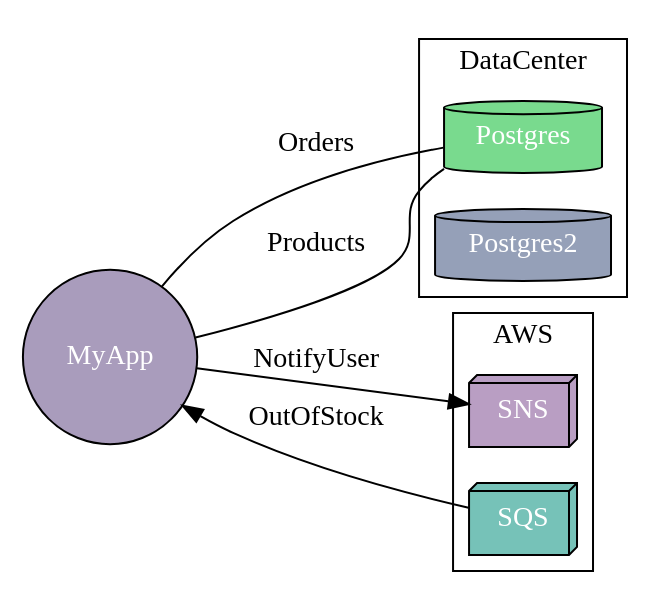
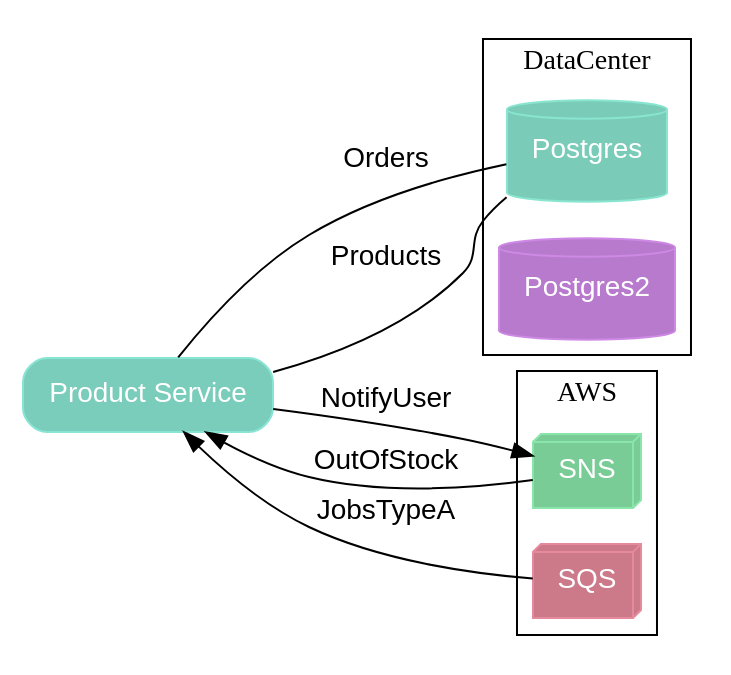
Before and after one commit to alvarg93/micromap: the diagram in micromap.dot, drawn with Graphviz. The commit also changed 4 other files, not shown here.

```diff
--- a/micromap.dot
+++ b/micromap.dot
@@ -1,20 +1,25 @@
 graph {
 rankdir=LR
-"MyApp"[shape=circle,fontcolor=white,style=filled,fillcolor="#a99cbc"]
-"Postgres"[shape=cylinder,fontcolor=white,style=filled,fillcolor="#79da8e"]
-"SNS"[shape=box3d,fontcolor=white,style=filled,fillcolor="#b99ec3"]
-"SQS"[shape=box3d,fontcolor=white,style=filled,fillcolor="#76c2b8"]
-"Postgres2"[shape=cylinder,fontcolor=white,style=filled,fillcolor="#95a0b8"]
-"MyApp" -- "Postgres"[dir=none,label="Orders"];
-"MyApp" -- "Postgres"[dir=none,label="Products"];
-"MyApp" -- "SNS"[dir=forward,label="NotifyUser"];
-"MyApp" -- "SQS"[dir=back,label="OutOfStock"];
+graph [splines="spline"];
+node [margin=0.15, fontcolor=white, style="filled,rounded", fontname = "sans-serif"];
+
+edge [constraint=true, fontname = "sans-serif"];
+"Product Service"[shape=box, fillcolor="#7accbb", color="#89e5d3"]
+"Postgres"[shape=cylinder, fillcolor="#7accb8", color="#89e5d0"]
+"SNS"[shape=box3d, fillcolor="#7acc96", color="#89e5a9"]
+"SQS"[shape=box3d, fillcolor="#cc7a8a", color="#e5899c"]
+"Postgres2"[shape=cylinder, fillcolor="#b77acc", color="#ce89e5"]
+"Product Service" -- "Postgres"[dir=none, label="Orders"];
+"Product Service" -- "Postgres"[dir=none, label="Products"];
+"Product Service" -- "SNS"[dir=forward, label="NotifyUser"];
+"Product Service" -- "SNS"[dir=back, label="OutOfStock"];
+"Product Service" -- "SQS"[dir=back, label="JobsTypeA"];
 subgraph cluster_0{
 label="DataCenter";
-Postgres;Postgres2;
+"Postgres";"Postgres2";
 }
 subgraph cluster_1{
 label="AWS";
-SNS;SQS;
+"SNS";"SQS";
 }
 }
```
